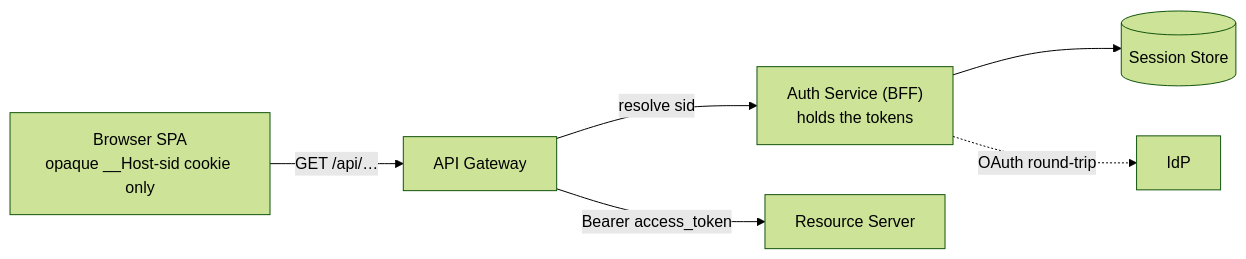
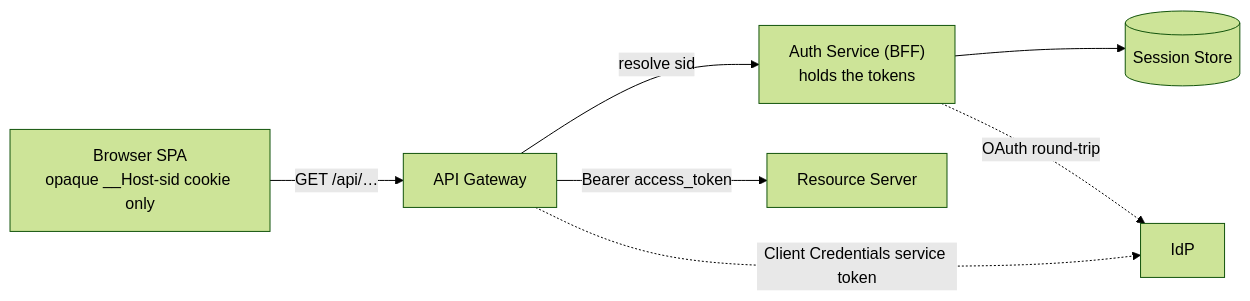
Before and after one commit to ajaygodbole7/oidc-reference: the first of 6 diagrams in README.md, drawn with Mermaid (forest theme). The commit also changed other lines of this file, not shown here.

Commit message:
docs: align README diagrams with implemented flows

````diff
--- a/README.md
+++ b/README.md
@@ -20,8 +20,9 @@
 ```mermaid
 flowchart LR
     B["Browser SPA<br/>opaque __Host-sid cookie only"] -->|"GET /api/…"| G[API Gateway]
     G -->|"resolve sid"| A["Auth Service (BFF)<br/>holds the tokens"]
     A --> V[(Session Store)]
     G -->|"Bearer access_token"| R[Resource Server]
     A -.->|"OAuth round-trip"| K[IdP]
+    G -.->|"Client Credentials service token"| K
 ```
````
